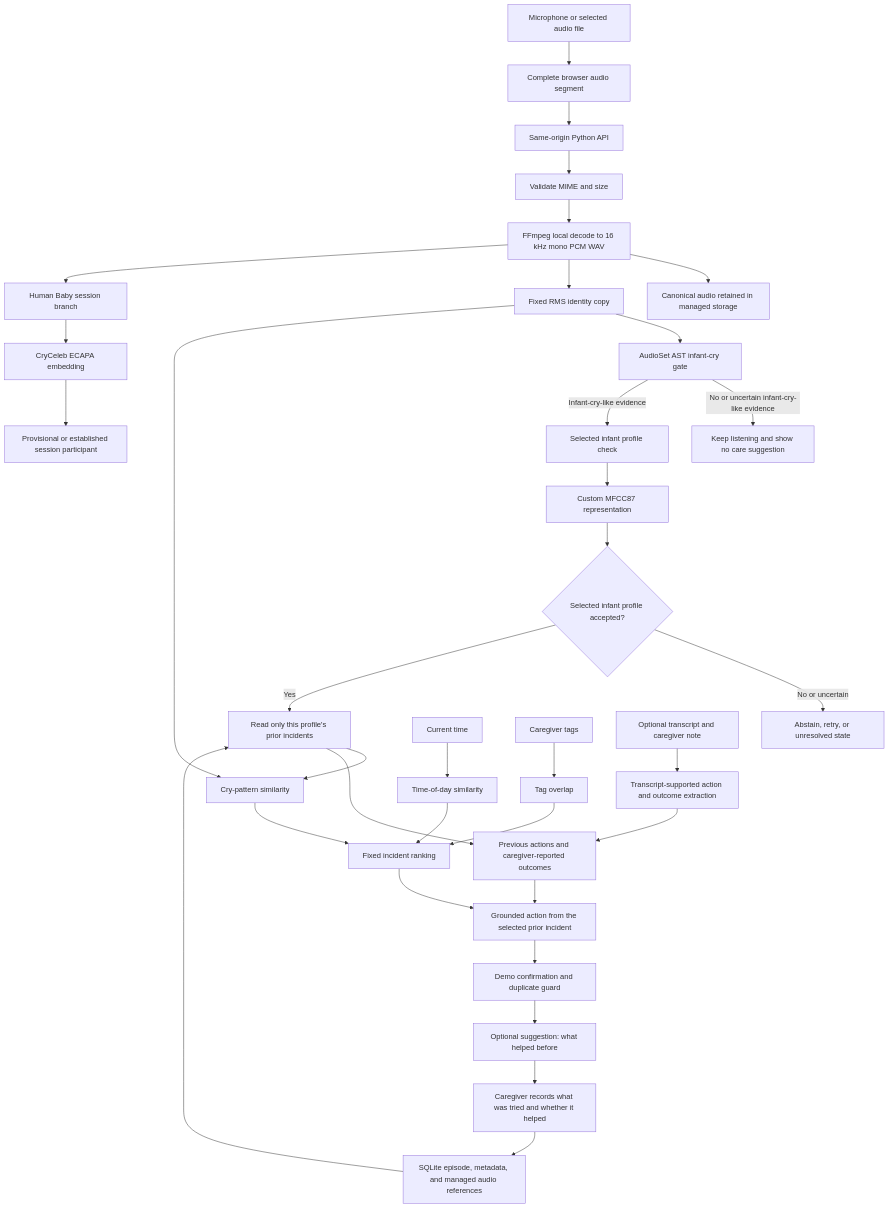
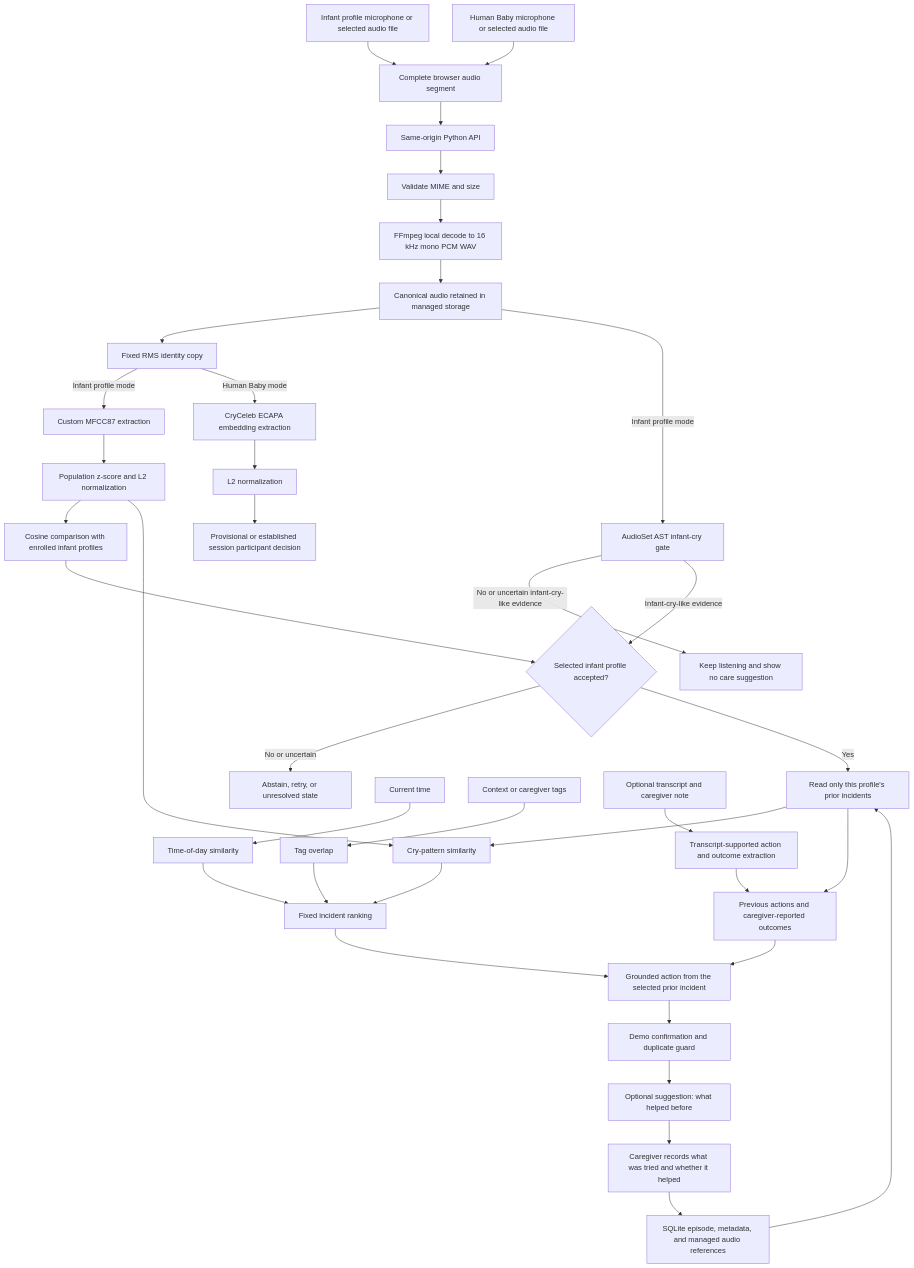
The diagram in docs/TECHNICAL-ARCHITECTURE.md (Prasshanna-S/soothetrace), drawn with Mermaid before and after one commit. The commit also changed other lines of this file and 13 other files, not shown here.

Commit message:
Correct release architecture and provenance docs

````diff
--- a/docs/TECHNICAL-ARCHITECTURE.md
+++ b/docs/TECHNICAL-ARCHITECTURE.md
@@ -15,37 +15,40 @@
 ```mermaid
 flowchart TD
-    A["Microphone or selected audio file"] --> B["Complete browser audio segment"]
+    A["Infant profile microphone or selected audio file"] --> B["Complete browser audio segment"]
+    AF["Human Baby microphone or selected audio file"] --> B
     B --> C["Same-origin Python API"]
     C --> D["Validate MIME and size"]
     D --> E["FFmpeg local decode to 16 kHz mono PCM WAV"]
     E --> F["Canonical audio retained in managed storage"]
-    E --> G["Fixed RMS identity copy"]
-    G --> H["AudioSet AST infant-cry gate"]
+    F --> G["Fixed RMS identity copy"]
+    F -->|"Infant profile mode"| H["AudioSet AST infant-cry gate"]
     H -->|"No or uncertain infant-cry-like evidence"| I["Keep listening and show no care suggestion"]
-    H -->|"Infant-cry-like evidence"| J["Selected infant profile check"]
-    J --> K["Custom MFCC87 representation"]
-    K --> L{"Selected infant profile accepted?"}
-    L -->|"No or uncertain"| M["Abstain, retry, or unresolved state"]
-    L -->|"Yes"| N["Read only this profile's prior incidents"]
+    G -->|"Infant profile mode"| J["Custom MFCC87 extraction"]
+    J --> K["Population z-score and L2 normalization"]
+    K --> L["Cosine comparison with enrolled infant profiles"]
+    H -->|"Infant-cry-like evidence"| M{"Selected infant profile accepted?"}
+    L --> M
+    M -->|"No or uncertain"| MA["Abstain, retry, or unresolved state"]
+    M -->|"Yes"| N["Read only this profile's prior incidents"]
     O["Current time"] --> P["Time-of-day similarity"]
-    Q["Caregiver tags"] --> R["Tag overlap"]
-    G --> S["Cry-pattern similarity"]
+    Q["Context or caregiver tags"] --> R["Tag overlap"]
+    K --> S["Cry-pattern similarity"]
     N --> S
     N --> T["Previous actions and caregiver-reported outcomes"]
     P --> U["Fixed incident ranking"]
     R --> U
     S --> U
     T --> V["Grounded action from the selected prior incident"]
     U --> V
     W["Optional transcript and caregiver note"] --> X["Transcript-supported action and outcome extraction"]
     X --> T
     V --> Y["Demo confirmation and duplicate guard"]
     Y --> Z["Optional suggestion: what helped before"]
     Z --> AA["Caregiver records what was tried and whether it helped"]
     AA --> AB["SQLite episode, metadata, and managed audio references"]
     AB --> N
 
-    E --> AC["Human Baby session branch"]
-    AC --> AD["CryCeleb ECAPA embedding"]
-    AD --> AE["Provisional or established session participant"]
+    G -->|"Human Baby mode"| AC["CryCeleb ECAPA embedding extraction"]
+    AC --> AD["L2 normalization"]
+    AD --> AE["Provisional or established session participant decision"]
 ```
````
